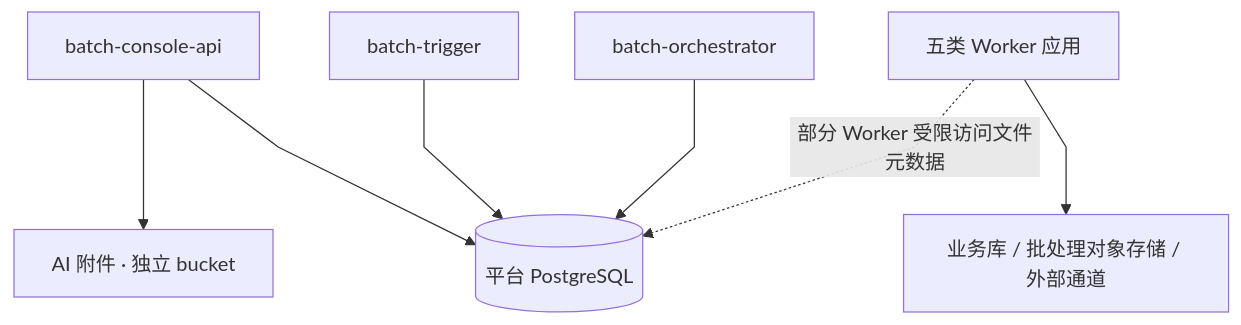
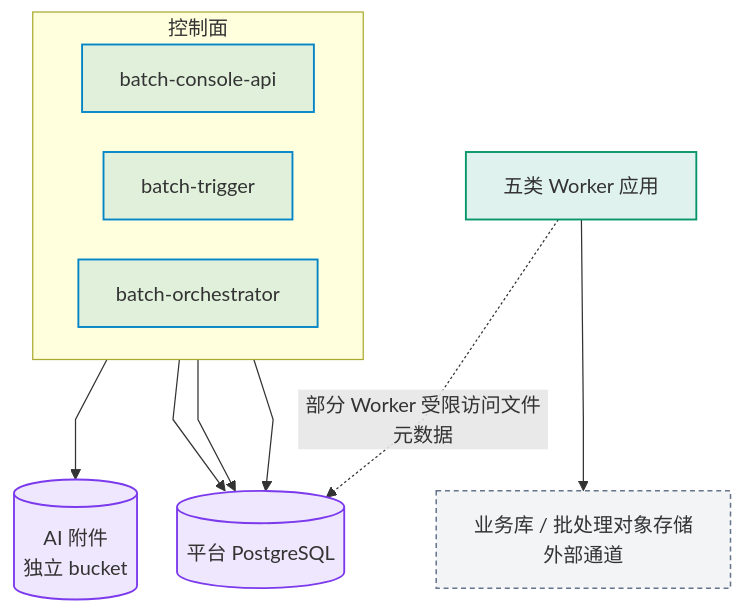
The second of 4 diagrams in docs/architecture/project-structure.md (pinpols/file-batch-system), drawn with Mermaid before and after one commit. The commit also changed other lines of this file and 9 other files, not shown here.

First line of the commit message:
docs(architecture): unify styling of the navigation architecture diagrams (#1365)

````diff
--- a/docs/architecture/project-structure.md
+++ b/docs/architecture/project-structure.md
@@ -73,10 +90,28 @@
 ```mermaid
-%%{init: {"flowchart":{"curve":"linear","nodeSpacing":45,"rankSpacing":60},"sequence":{"mirrorActors":false}}}%%
+%%{init: {"flowchart":{"curve":"linear","nodeSpacing":32,"rankSpacing":48},"sequence":{"mirrorActors":false}}}%%
 flowchart TB
-  C["batch-console-api"] --> DB[("平台 PostgreSQL")]
-  T["batch-trigger"] --> DB
-  O["batch-orchestrator"] --> DB
-  C --> A["AI 附件 · 独立 bucket"]
-  W["五类 Worker 应用"] --> B["业务库 / 批处理对象存储 / 外部通道"]
+
+  subgraph CTRL["控制面"]
+    direction LR
+    C["batch-console-api"]:::control
+    T["batch-trigger"]:::control
+    O["batch-orchestrator"]:::control
+  end
+  W["五类 Worker 应用"]:::worker
+  DB[("平台 PostgreSQL")]:::store
+  A[("AI 附件<br/>独立 bucket")]:::store
+  B["业务库 / 批处理对象存储<br/>外部通道"]:::ext
+  C --> DB
+  T --> DB
+  O --> DB
+  C --> A
+  W --> B
   W -. "部分 Worker 受限访问文件元数据" .-> DB
+  classDef entry fill:#6366f11f,stroke:#6366f1,stroke-width:1.5px
+  classDef control fill:#0284c71f,stroke:#0284c7,stroke-width:1.5px
+  classDef mq fill:#d977061f,stroke:#d97706,stroke-width:1.5px
+  classDef worker fill:#0596691f,stroke:#059669,stroke-width:1.5px
+  classDef store fill:#7c3aed1f,stroke:#7c3aed,stroke-width:1.5px
+  classDef ext fill:#64748b14,stroke:#64748b,stroke-width:1.2px,stroke-dasharray:4 3
+  classDef lib fill:#64748b14,stroke:#64748b,stroke-width:1.2px
 ```
````
